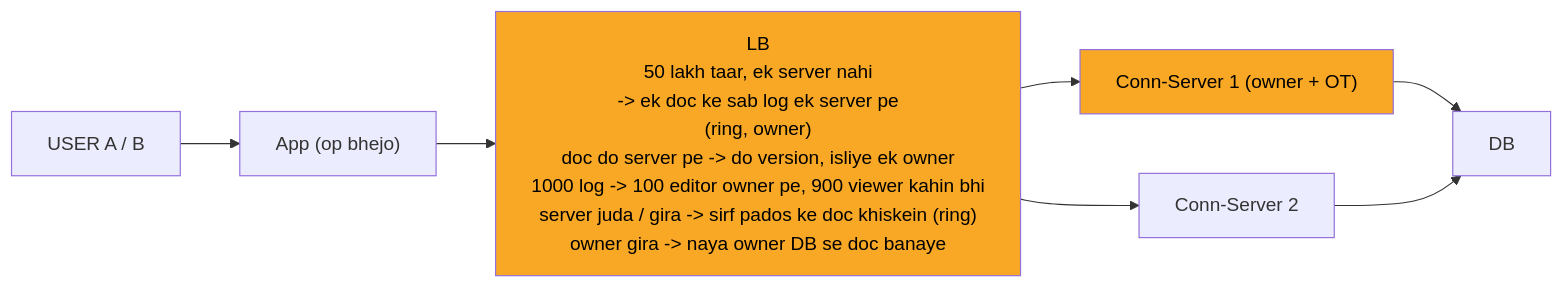
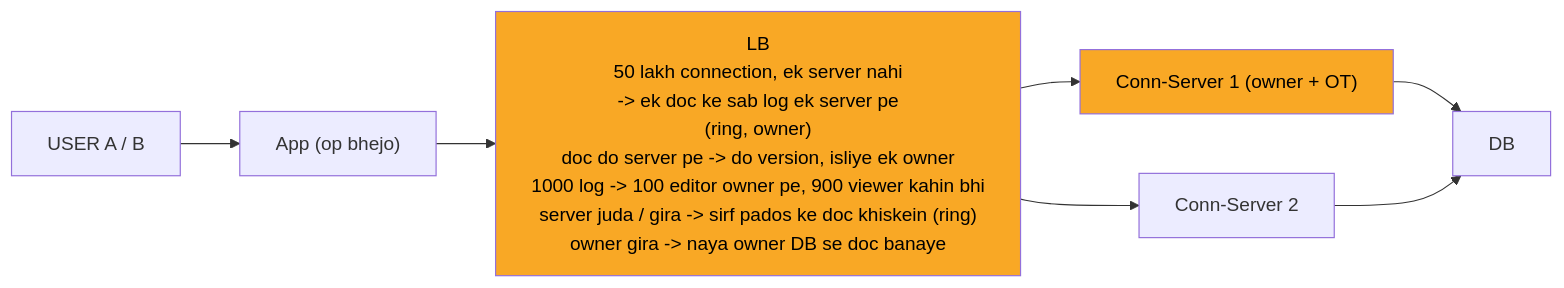
Before and after one commit to ArpanMaheshwari144/Prep: the fifth of 10 diagrams in 04_HLD/SYSTEM_DESIGNS/11_google_docs_collab/11_google_docs_collab.md, drawn with Mermaid. The commit also changed other lines of this file and 12 other files, not shown here.

````diff
--- a/04_HLD/SYSTEM_DESIGNS/11_google_docs_collab/11_google_docs_collab.md
+++ b/04_HLD/SYSTEM_DESIGNS/11_google_docs_collab/11_google_docs_collab.md
@@ -176,18 +176,18 @@
 ```mermaid
 %%{init: {"flowchart": {"wrappingWidth": 450}}}%%
 flowchart LR
     n_USER["USER A / B"]
     n_App["App (op bhejo)"]
-    n_LB["LB<br/>50 lakh taar, ek server nahi<br/>-> ek doc ke sab log ek server pe<br/>(ring, owner)<br/>doc do server pe -> do version, isliye ek owner<br/>1000 log -> 100 editor owner pe, 900 viewer kahin bhi<br/>server juda / gira -> sirf pados ke doc khiskein (ring)<br/>owner gira -> naya owner DB se doc banaye"]
+    n_LB["LB<br/>50 lakh connection, ek server nahi<br/>-> ek doc ke sab log ek server pe<br/>(ring, owner)<br/>doc do server pe -> do version, isliye ek owner<br/>1000 log -> 100 editor owner pe, 900 viewer kahin bhi<br/>server juda / gira -> sirf pados ke doc khiskein (ring)<br/>owner gira -> naya owner DB se doc banaye"]
     n_CS1["Conn-Server 1 (owner + OT)"]
     n_CS2["Conn-Server 2"]
     n_DB["DB"]
     n_USER --> n_App
     n_App --> n_LB
     n_LB --> n_CS1
     n_LB --> n_CS2
     n_CS1 --> n_DB
     n_CS2 --> n_DB
     style n_LB fill:#f9a825,color:#000
     style n_CS1 fill:#f9a825,color:#000
 ```
````
